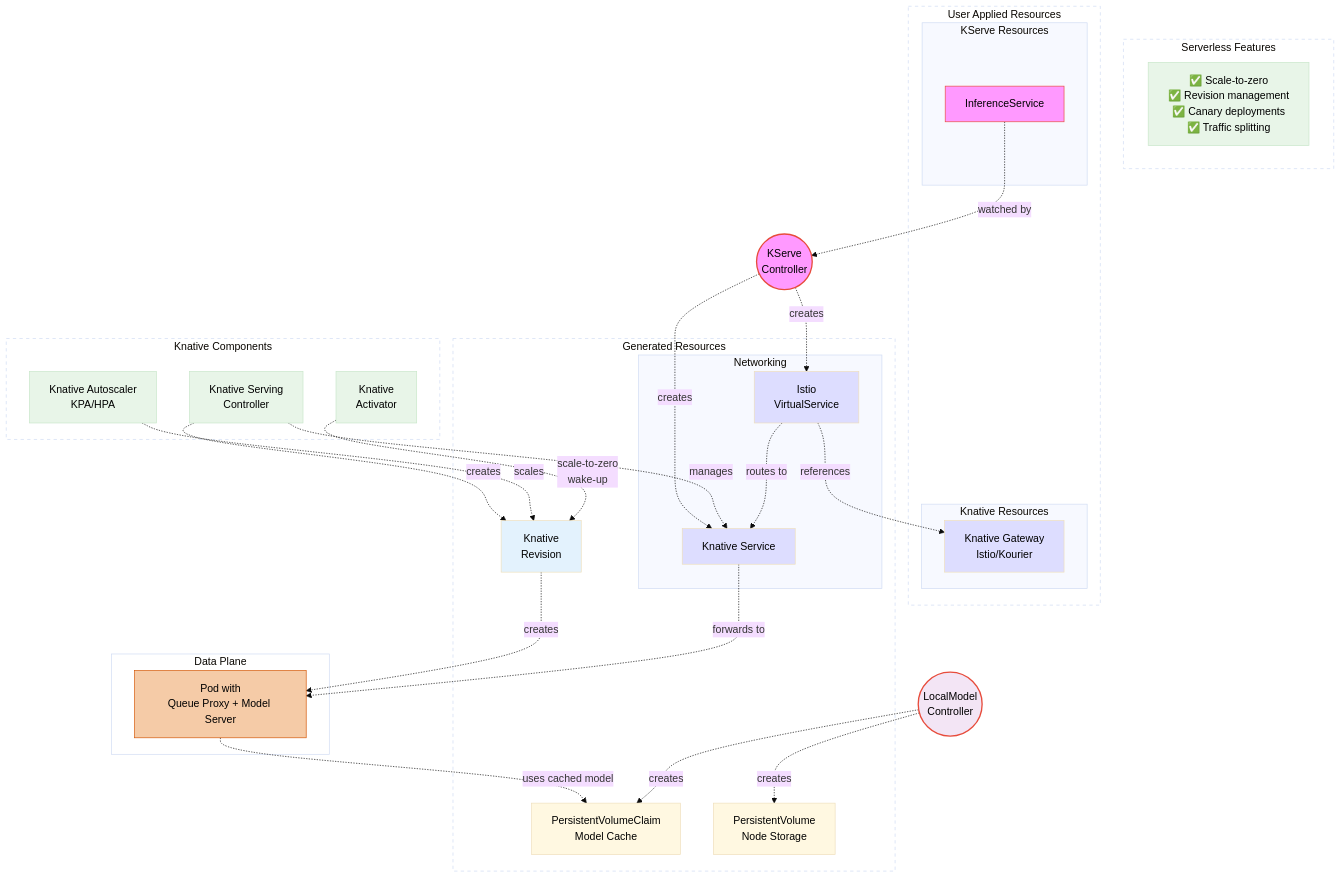
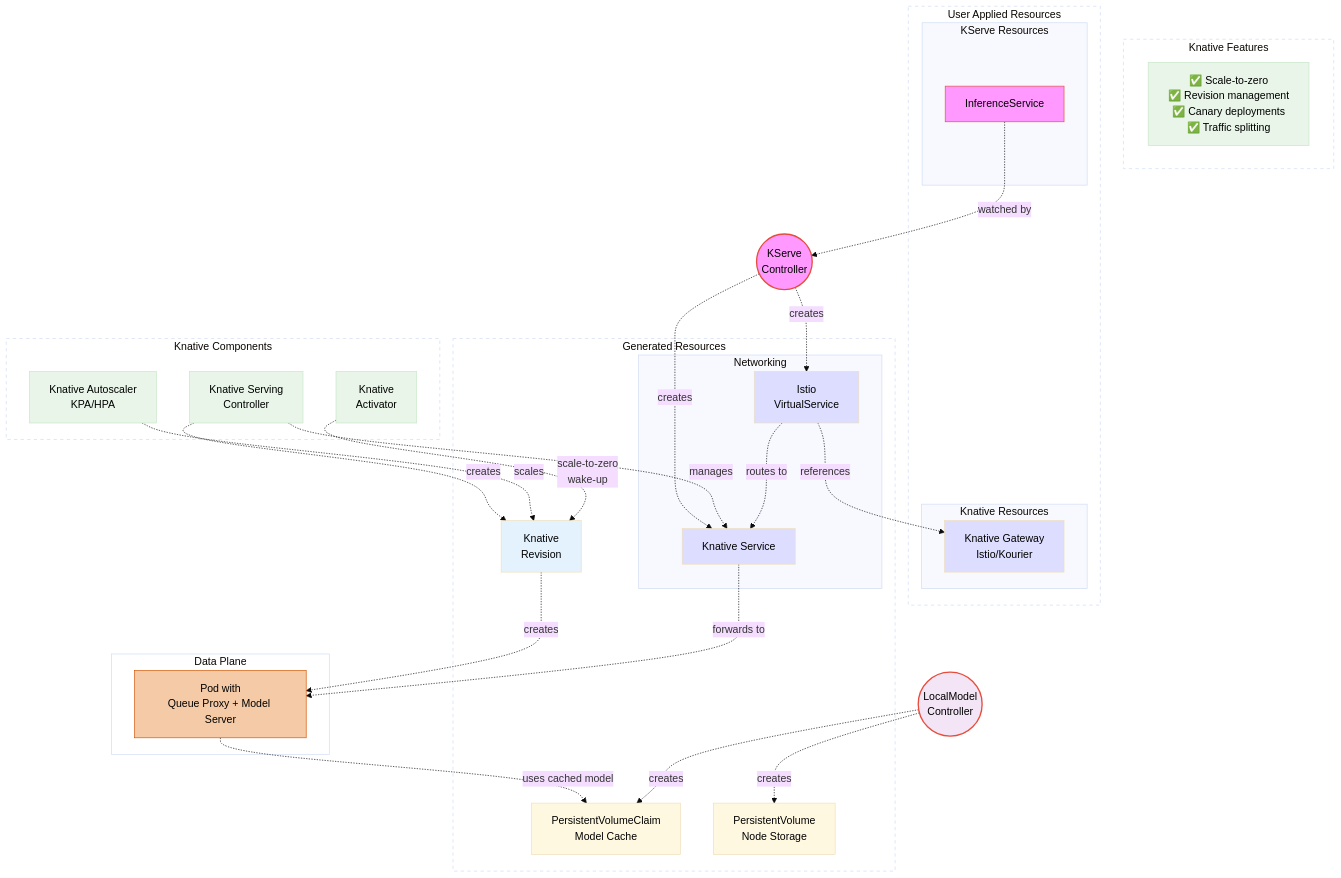
The third of 4 diagrams in docs/concepts/architecture/control-plane.md (kserve/website), drawn with Mermaid (base theme) before and after one commit. The commit also changed other lines of this file and 31 other files, not shown here.

```diff
--- a/docs/concepts/architecture/control-plane.md
+++ b/docs/concepts/architecture/control-plane.md
@@ -185,10 +185,10 @@
     classDef modelServerStyle fill:#F5CBA7,stroke:#D35400,color:#000
     classDef featuresStyle fill:#e8f5e8,stroke:#c8e6c9,color:#000
 
-    subgraph ServerlessFeatures["Serverless Features"]
+    subgraph KnativeFeatures["Knative Features"]
         Features[✅ Scale-to-zero<br/>✅ Revision management<br/>✅ Canary deployments<br/>✅ Traffic splitting]:::featuresStyle
     end
-    style ServerlessFeatures fill:none,stroke-dasharray:5
+    style KnativeFeatures fill:none,stroke-dasharray:5
 
     subgraph "UserAppliedResources"["User Applied Resources"]
         subgraph "KServe Resources"
```
